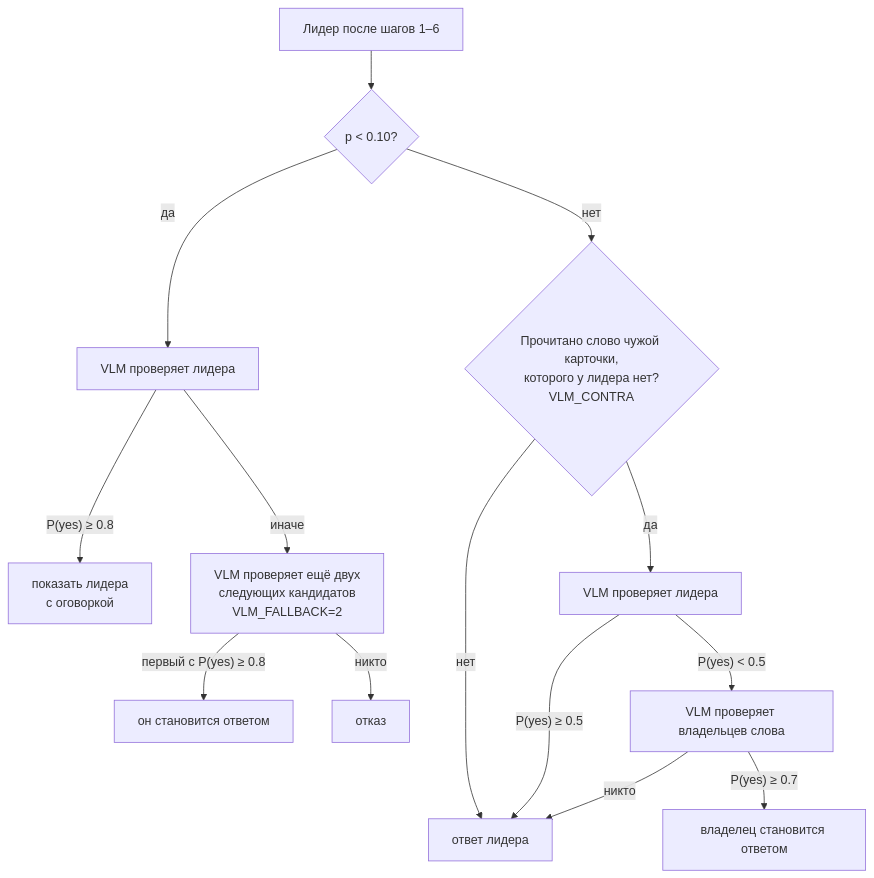
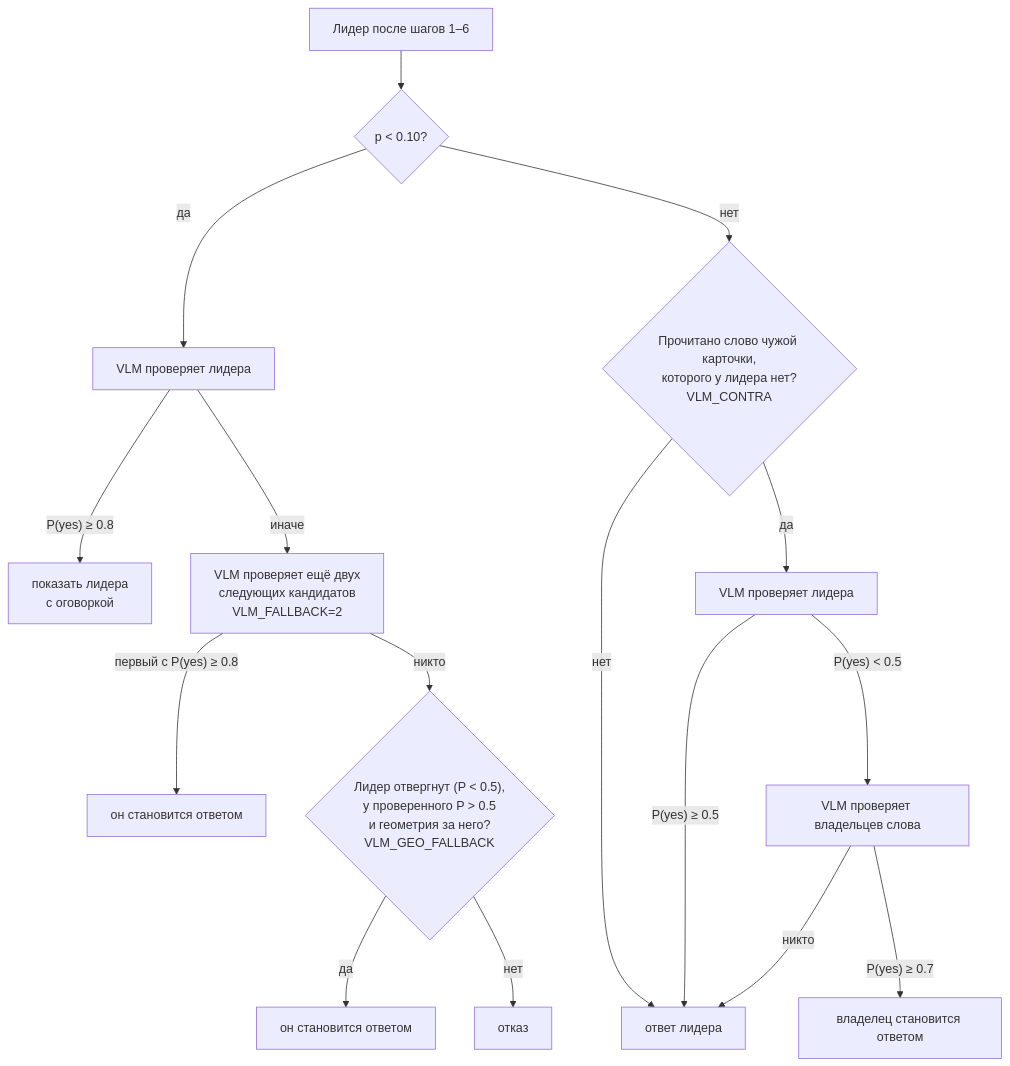
One commit to AlexGvr/rus_vines changed the third of 5 diagrams in ARCHITECTURE.md. Above: the diagram before and after it, drawn with Mermaid. The commit also changed other lines of this file and 7 other files, not shown here.

````diff
--- a/ARCHITECTURE.md
+++ b/ARCHITECTURE.md
@@ -132,16 +132,18 @@
 ```mermaid
 flowchart TD
     start["Лидер после шагов 1–6"] --> q1{"p < 0.10?"}
     q1 -->|да| v1["VLM проверяет лидера"]
     v1 -->|"P(yes) ≥ 0.8"| show["показать лидера<br/>с оговоркой"]
     v1 -->|иначе| fb["VLM проверяет ещё двух<br/>следующих кандидатов<br/>VLM_FALLBACK=2"]
     fb -->|"первый с P(yes) ≥ 0.8"| sw1["он становится ответом"]
-    fb -->|никто| abst["отказ"]
+    fb -->|никто| geo{"Лидер отвергнут (P < 0.5),<br/>у проверенного P > 0.5<br/>и геометрия за него?<br/>VLM_GEO_FALLBACK"}
+    geo -->|да| sw3["он становится ответом"]
+    geo -->|нет| abst["отказ"]
     q1 -->|нет| q2{"Прочитано слово чужой карточки,<br/>которого у лидера нет?<br/>VLM_CONTRA"}
     q2 -->|нет| keep["ответ лидера"]
     q2 -->|да| v2["VLM проверяет лидера"]
     v2 -->|"P(yes) ≥ 0.5"| keep
     v2 -->|"P(yes) < 0.5"| own["VLM проверяет владельцев слова"]
     own -->|"P(yes) ≥ 0.7"| sw2["владелец становится ответом"]
     own -->|никто| keep
 ```
````
